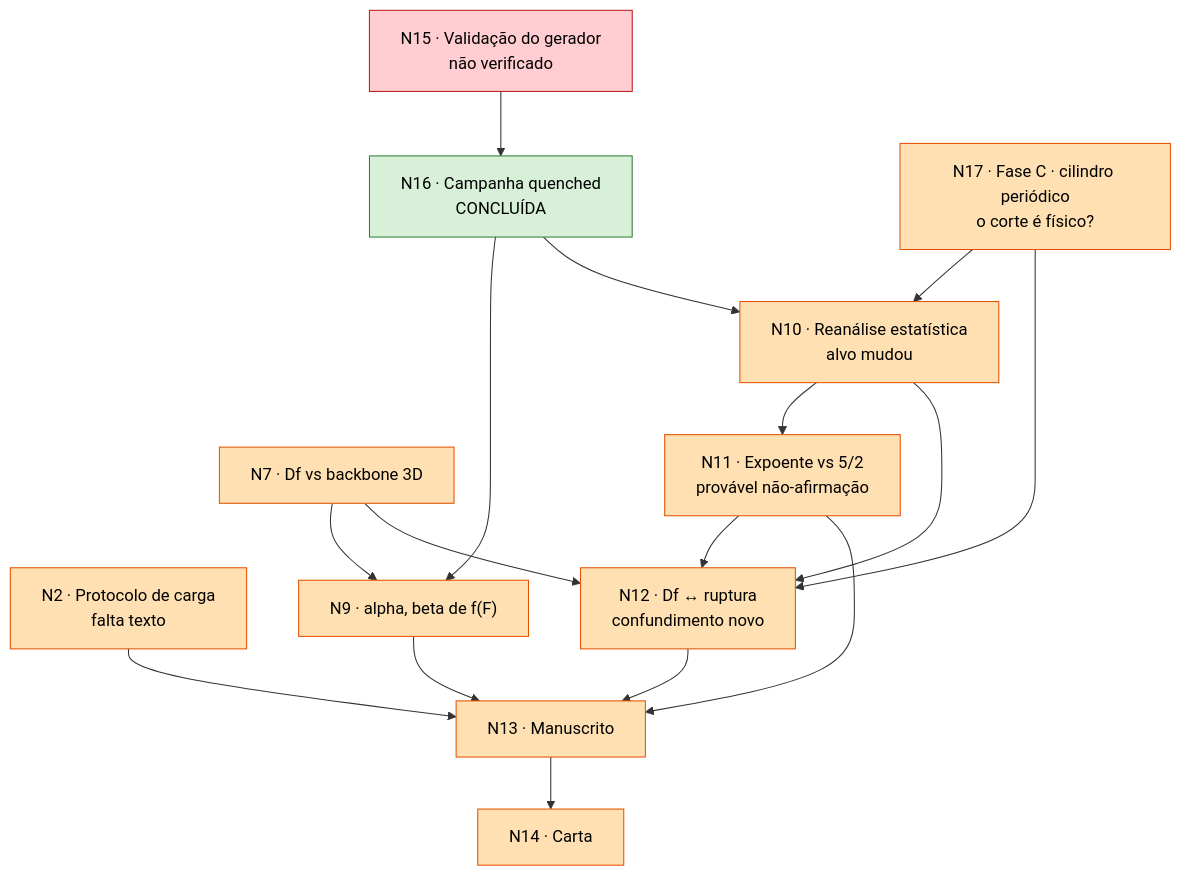
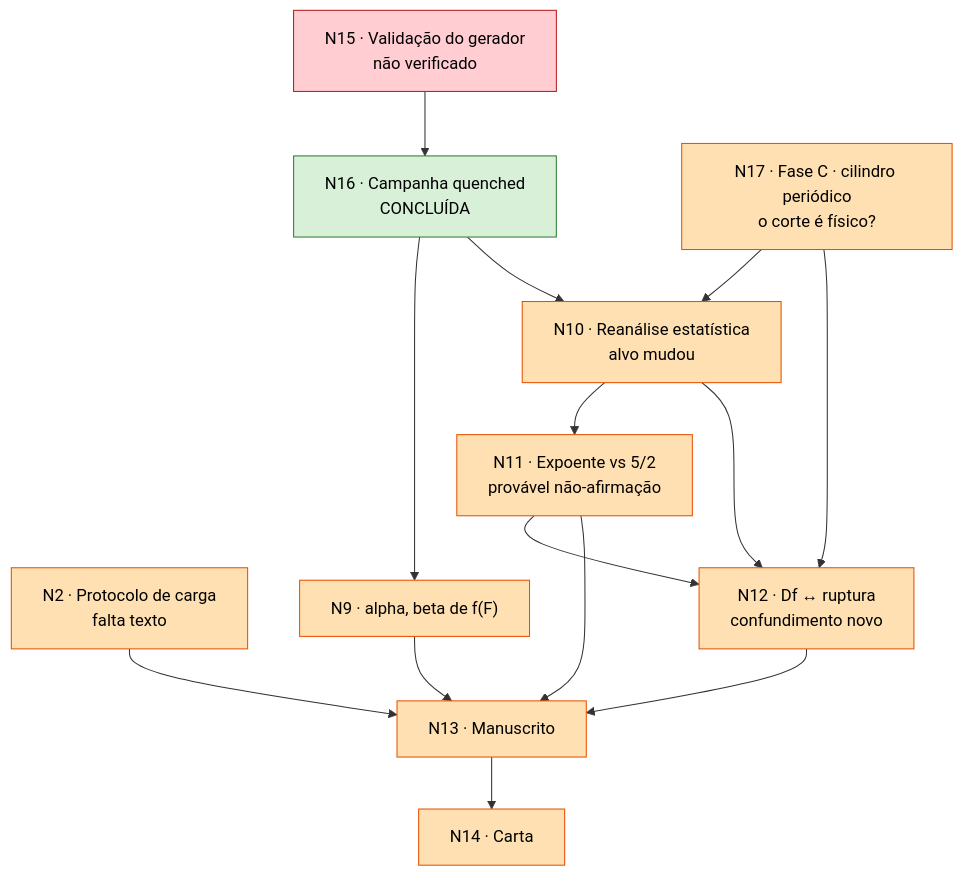
One commit to michaelsouza/dla-collagen changed the diagram in Reviews/Estado_revisao_ER12738.md. Above: the diagram before and after it, drawn with Mermaid. The commit also changed other lines of this file and 5 other files, not shown here.

````diff
--- a/Reviews/Estado_revisao_ER12738.md
+++ b/Reviews/Estado_revisao_ER12738.md
@@ -38,37 +38,34 @@
 ```mermaid
 graph TD
   N15["N15 · Validação do gerador<br/>não verificado"]
   N16["N16 · Campanha quenched<br/>CONCLUÍDA"]
   N17["N17 · Fase C · cilindro periódico<br/>o corte é físico?"]
   N2["N2 · Protocolo de carga<br/>falta texto"]
-  N7["N7 · Df vs backbone 3D"]
   N9["N9 · alpha, beta de f(F)"]
   N10["N10 · Reanálise estatística<br/>alvo mudou"]
   N11["N11 · Expoente vs 5/2<br/>provável não-afirmação"]
   N12["N12 · Df ↔ ruptura<br/>confundimento novo"]
   N13["N13 · Manuscrito"]
   N14["N14 · Carta"]
 
   N15 --> N16
   N16 --> N9
   N16 --> N10
   N17 --> N10
   N17 --> N12
-  N7 --> N9
-  N7 --> N12
   N10 --> N11
   N10 --> N12
   N11 --> N12
   N2 --> N13
   N9 --> N13
   N11 --> N13
   N12 --> N13
   N13 --> N14
 
   classDef feito fill:#d7f0d7,stroke:#2e7d32,color:#000;
   classDef aberto fill:#ffe0b2,stroke:#e65100,color:#000;
   classDef critico fill:#ffcdd2,stroke:#b71c1c,color:#000;
   class N16 feito;
-  class N2,N7,N9,N10,N11,N12,N13,N14,N17 aberto;
+  class N2,N9,N10,N11,N12,N13,N14,N17 aberto;
   class N15 critico;
 ```
````
